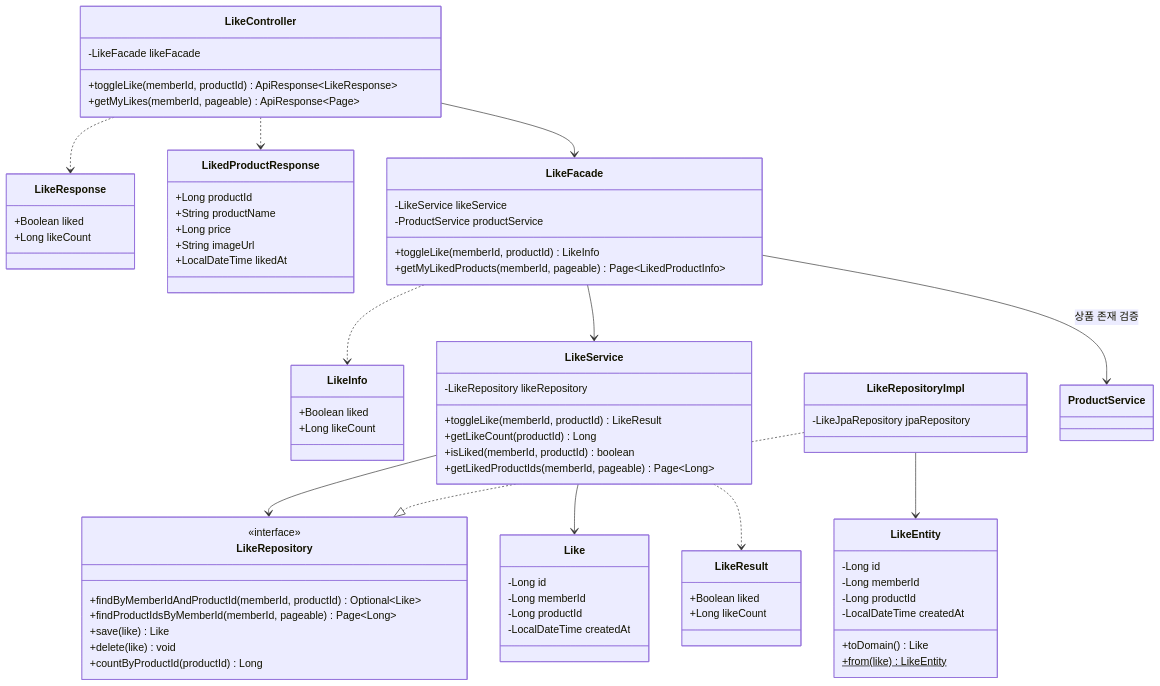
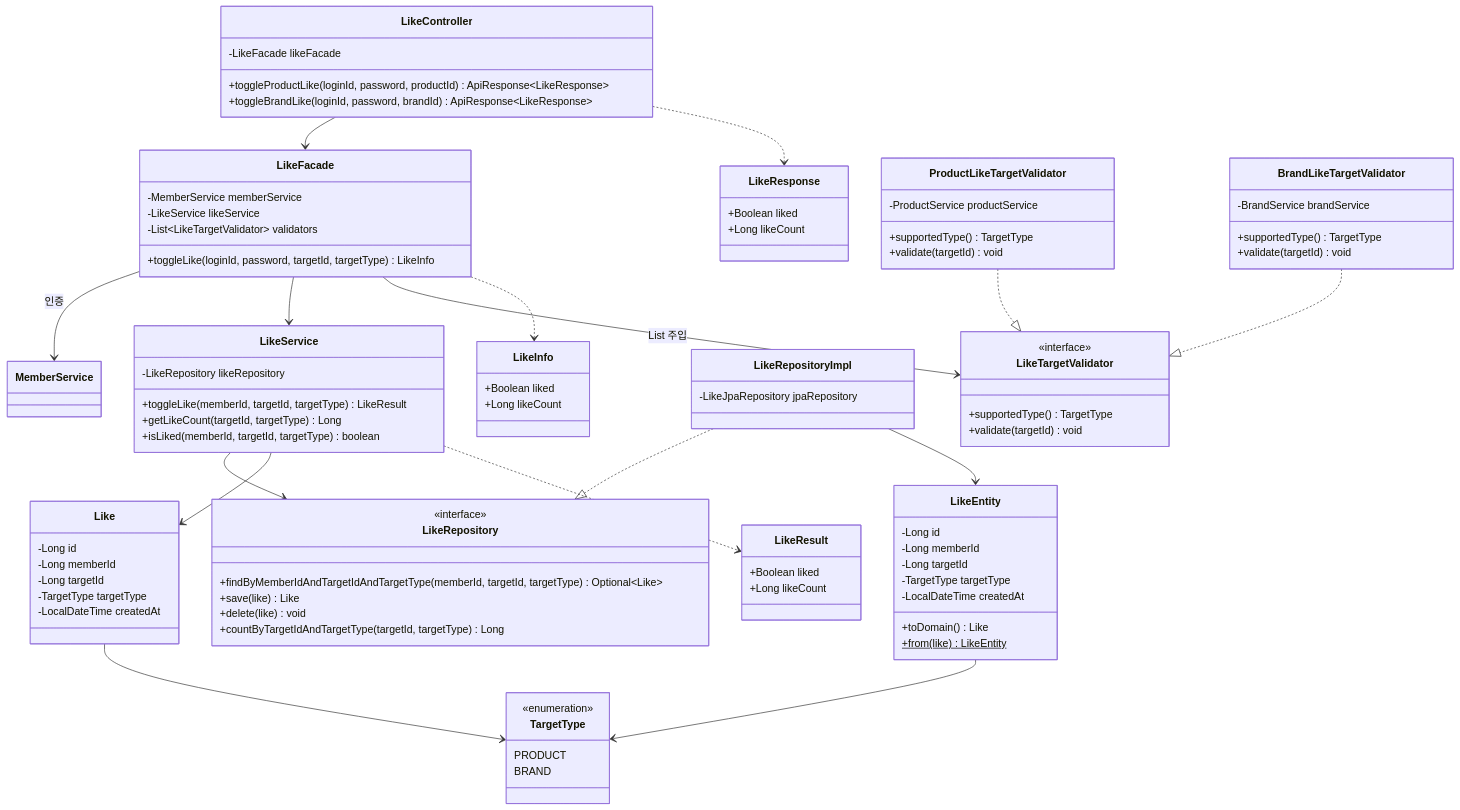
Before and after one commit to letter333/loop-pack-be-l2-vol3-java: the seventh of 11 diagrams in docs/design/03-class-diagram.md, drawn with Mermaid. The commit also changed other lines of this file and 4 other files, not shown here.

````diff
--- a/docs/design/03-class-diagram.md
+++ b/docs/design/03-class-diagram.md
@@ -751,8 +843,8 @@
     %% Interfaces Layer
     class LikeController {
         -LikeFacade likeFacade
-        +toggleLike(memberId, productId) ApiResponse~LikeResponse~
-        +getMyLikes(memberId, pageable) ApiResponse~Page~
+        +toggleProductLike(loginId, password, productId) ApiResponse~LikeResponse~
+        +toggleBrandLike(loginId, password, brandId) ApiResponse~LikeResponse~
     }
 
     class LikeResponse {
@@ -760,20 +852,12 @@
         +Long likeCount
     }
 
-    class LikedProductResponse {
-        +Long productId
-        +String productName
-        +Long price
-        +String imageUrl
-        +LocalDateTime likedAt
-    }
-
     %% Application Layer
     class LikeFacade {
+        -MemberService memberService
         -LikeService likeService
-        -ProductService productService
-        +toggleLike(memberId, productId) LikeInfo
-        +getMyLikedProducts(memberId, pageable) Page~LikedProductInfo~
+        -List~LikeTargetValidator~ validators
+        +toggleLike(loginId, password, targetId, targetType) LikeInfo
     }
 
     class LikeInfo {
@@ -781,20 +865,44 @@
         +Long likeCount
     }
 
+    class ProductLikeTargetValidator {
+        -ProductService productService
+        +supportedType() TargetType
+        +validate(targetId) void
+    }
+
+    class BrandLikeTargetValidator {
+        -BrandService brandService
+        +supportedType() TargetType
+        +validate(targetId) void
+    }
+
     %% Domain Layer
+    class LikeTargetValidator {
+        <<interface>>
+        +supportedType() TargetType
+        +validate(targetId) void
+    }
+
+    class TargetType {
+        <<enumeration>>
+        PRODUCT
+        BRAND
+    }
+
     class Like {
         -Long id
         -Long memberId
-        -Long productId
+        -Long targetId
+        -TargetType targetType
         -LocalDateTime createdAt
     }
 
     class LikeService {
         -LikeRepository likeRepository
-        +toggleLike(memberId, productId) LikeResult
-        +getLikeCount(productId) Long
-        +isLiked(memberId, productId) boolean
-        +getLikedProductIds(memberId, pageable) Page~Long~
+        +toggleLike(memberId, targetId, targetType) LikeResult
+        +getLikeCount(targetId, targetType) Long
+        +isLiked(memberId, targetId, targetType) boolean
     }
 
     class LikeResult {
@@ -805,11 +913,10 @@
     %% Infrastructure Layer
     class LikeRepository {
         <<interface>>
-        +findByMemberIdAndProductId(memberId, productId) Optional~Like~
-        +findProductIdsByMemberId(memberId, pageable) Page~Long~
+        +findByMemberIdAndTargetIdAndTargetType(memberId, targetId, targetType) Optional~Like~
         +save(like) Like
         +delete(like) void
-        +countByProductId(productId) Long
+        +countByTargetIdAndTargetType(targetId, targetType) Long
     }
 
     class LikeRepositoryImpl {
@@ -819,7 +926,8 @@
     class LikeEntity {
         -Long id
         -Long memberId
-        -Long productId
+        -Long targetId
+        -TargetType targetType
         -LocalDateTime createdAt
         +toDomain() Like
         +from(like)$ LikeEntity
@@ -828,13 +936,17 @@
     %% Relationships
     LikeController --> LikeFacade
     LikeController ..> LikeResponse
-    LikeController ..> LikedProductResponse
+    LikeFacade --> MemberService : 인증
     LikeFacade --> LikeService
-    LikeFacade --> ProductService : 상품 존재 검증
+    LikeFacade --> LikeTargetValidator : List 주입
     LikeFacade ..> LikeInfo
+    ProductLikeTargetValidator ..|> LikeTargetValidator
+    BrandLikeTargetValidator ..|> LikeTargetValidator
     LikeService --> LikeRepository
     LikeService --> Like
     LikeService ..> LikeResult
+    Like --> TargetType
     LikeRepositoryImpl ..|> LikeRepository
     LikeRepositoryImpl --> LikeEntity
+    LikeEntity --> TargetType
 ```
````
